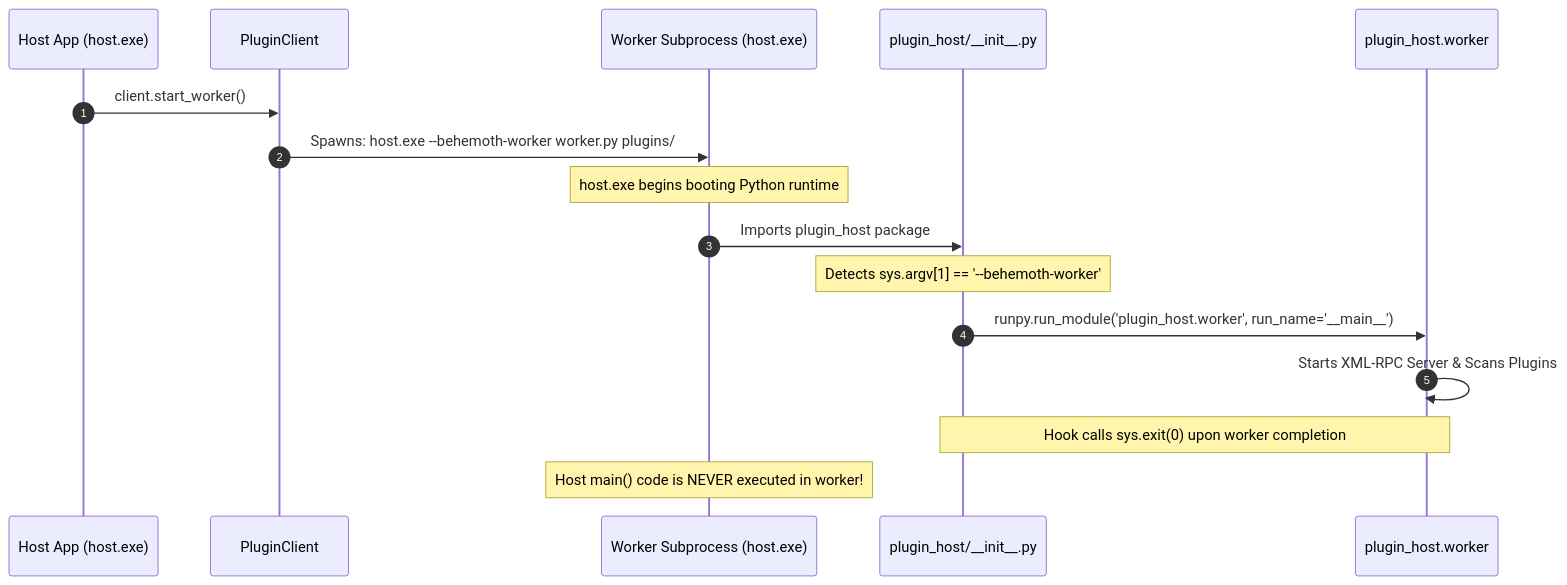
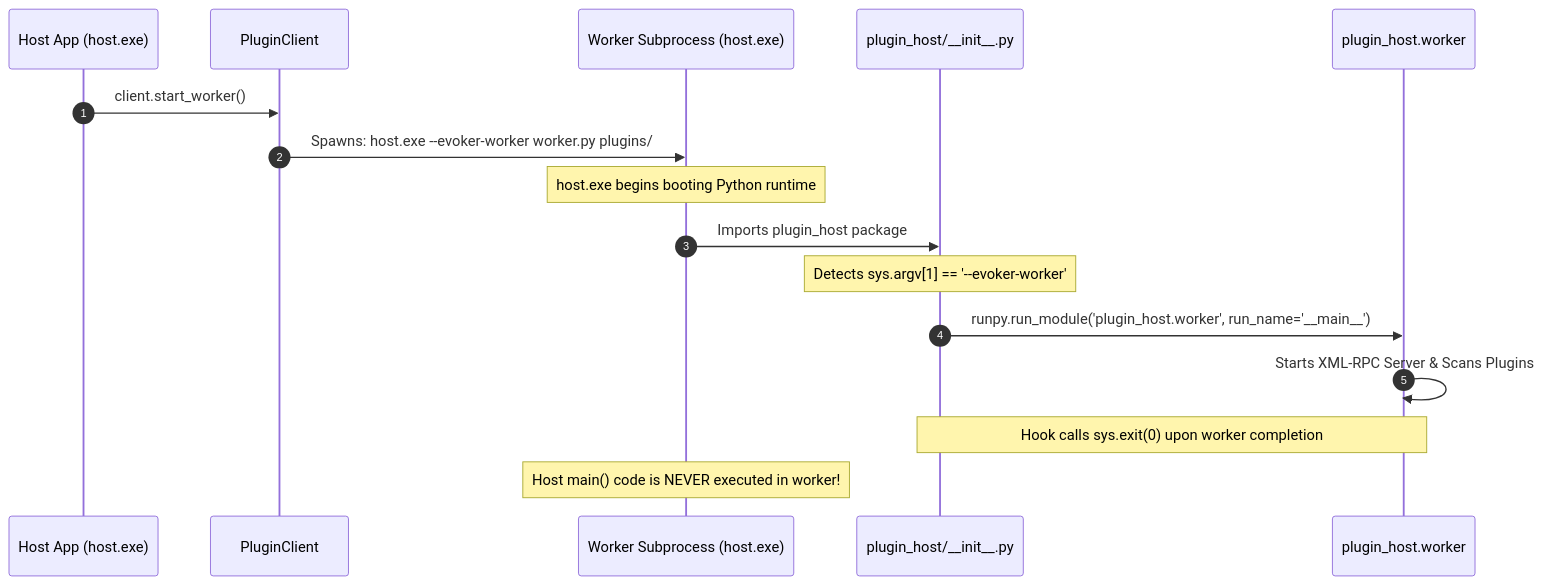
Before and after one commit to vxlk/evoker: the diagram in doc/docs/guides/pyinstaller.md, drawn with Mermaid. The commit also changed other lines of this file and 1939 other files, not shown here.

````diff
--- a/doc/docs/guides/pyinstaller.md
+++ b/doc/docs/guides/pyinstaller.md
@@ -61,19 +61,19 @@
 ```mermaid
 sequenceDiagram
     autonumber
     participant Host as Host App (host.exe)
     participant Client as PluginClient
     participant Sub as Worker Subprocess (host.exe)
     participant Hook as plugin_host/__init__.py
     participant Worker as plugin_host.worker
 
     Host->>Client: client.start_worker()
-    Client->>Sub: Spawns: host.exe --behemoth-worker worker.py plugins/
+    Client->>Sub: Spawns: host.exe --evoker-worker worker.py plugins/
     Note over Sub: host.exe begins booting Python runtime
     Sub->>Hook: Imports plugin_host package
-    Note over Hook: Detects sys.argv[1] == '--behemoth-worker'
+    Note over Hook: Detects sys.argv[1] == '--evoker-worker'
     Hook->>Worker: runpy.run_module('plugin_host.worker', run_name='__main__')
     Worker->>Worker: Starts XML-RPC Server & Scans Plugins
     Note over Hook,Worker: Hook calls sys.exit(0) upon worker completion
     Note over Sub: Host main() code is NEVER executed in worker!
 ```
````
